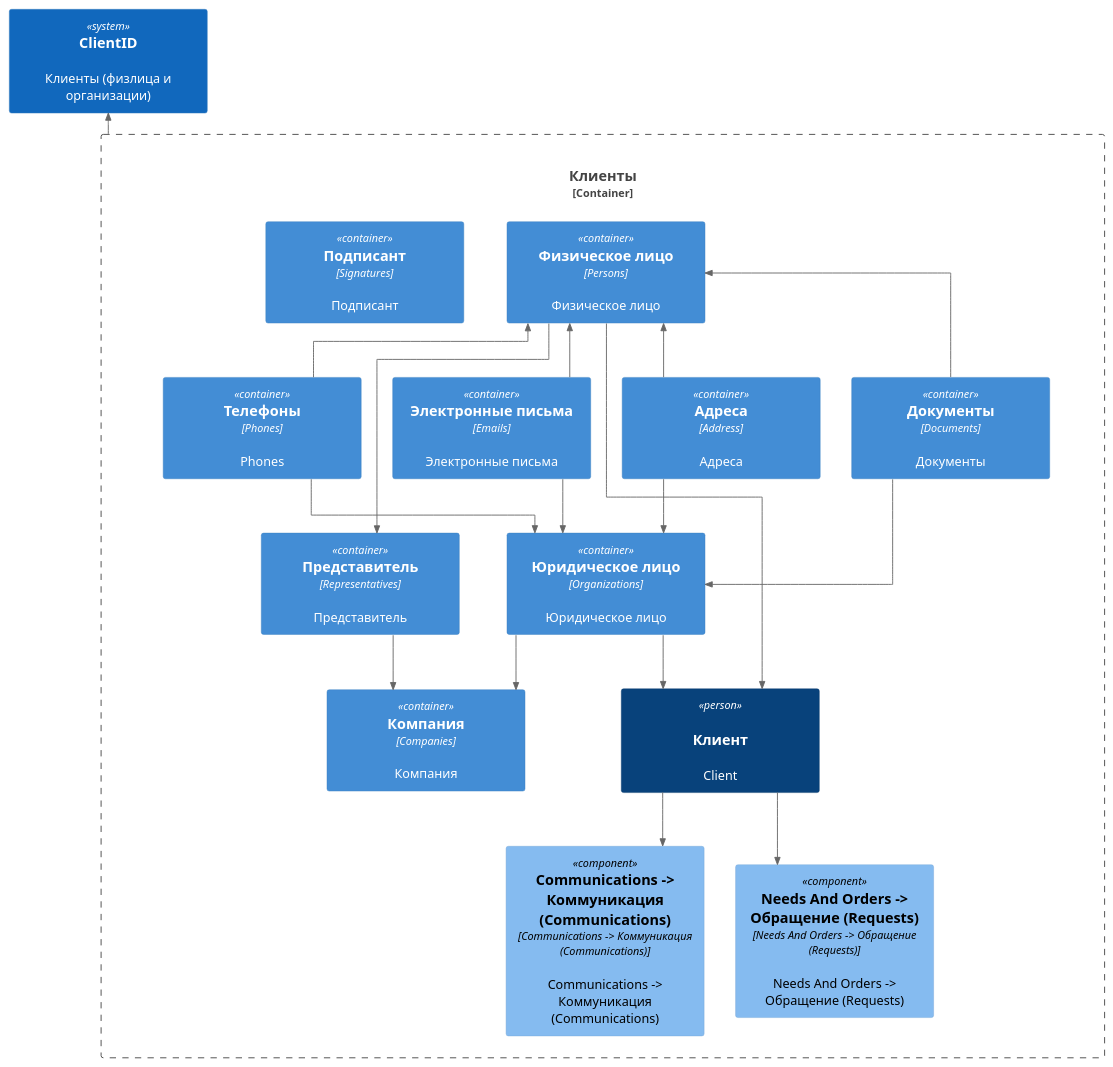
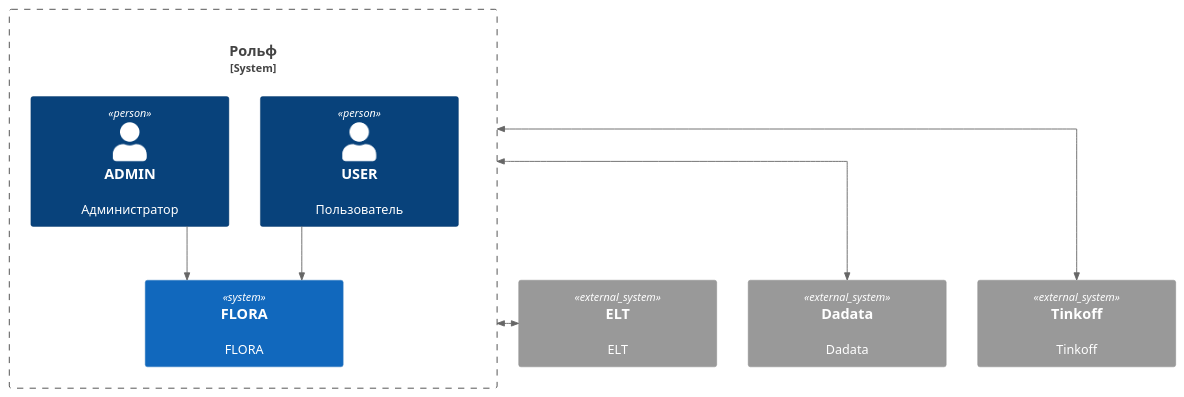
Before and after one commit to lulya31/some: the diagram in static/06_img/rolf.puml, drawn with PlantUML. The commit also changed other lines of this file and 24 other files, not shown here.

```diff
--- a/static/06_img/rolf.puml
+++ b/static/06_img/rolf.puml
@@ -4,61 +4,31 @@
 @startuml
 
 !include static/includes/c4_context.puml
 !include static/includes/c4_container.puml
 !include static/includes/c4_component.puml
 
-'skinparam svgLinkTarget _blank
 skinparam backgroundcolor transparent
 skinparam minClassWidth 200
 'skinparam linetype polyline
 skinparam linetype ortho
 
 LAYOUT_TOP_DOWN()
 
-System(clientid, "ClientID", "Клиенты (физлица и организации)", $link="/05_c4_workflow/01_core/07_clientid/")
-'System(clients, "Clients", "Клиенты")
+System_Ext(elt, "ELT", "ELT")
+System_Ext(dadata, "Dadata", "Dadata")
+System_Ext(tinkoff, "Tinkoff", "Tinkoff")
 
-Container_Boundary(clients, "Клиенты") {
-    Container(address, "Адреса", "Address", "Адреса")
-    Container(documents, "Документы", "Documents", "Документы")
-    Container(phones, "Телефоны", "Phones", "Phones")
-    Container(emails, "Электронные письма", "Emails", "Электронные письма")
+System_Boundary(rolf, "Рольф") {
+    Person(user, "USER", "Пользователь")
+    Person(admin, "ADMIN", "Администратор")
+    System(flora, "FLORA", "FLORA", $link="/06_c4_infrastructure/01_flora_ext/")
 
-    Container(persons, "Физическое лицо", "Persons", "Физическое лицо")
-    Container(organizations, "Юридическое лицо", "Organizations", "Юридическое лицо")
-
-    Container(companies, "Компания", "Companies", "Компания")
-    Container(representatives, "Представитель", "Representatives", "Представитель")
-
-    'Container(client, "Клиент", "Client", "Клиент")
-
-    Person(client, "Клиент", "Client", "Клиент")
-    Component(communications, "Communications -> Коммуникация (Communications)", "Communications -> Коммуникация (Communications)", "Communications -> Коммуникация (Communications)", $link="/05_c4_workflow/01_core/04_communications/01_communication/")
-    Component(requests, "Needs And Orders -> Обращение (Requests)", "Needs And Orders -> Обращение (Requests)", "Needs And Orders -> Обращение (Requests)", $link="/05_c4_workflow/01_core/03_needs_and_orders/01_requests/")
-
-    Container(signatures, "Подписант", "Signatures", "Подписант")
-
-    Rel_U(address, persons, "")
-    Rel_U(documents, persons, "")
-    Rel_U(phones, persons, "")
-    Rel_U(emails, persons, "")
-
-    Rel_D(address, organizations, "")
-    Rel_D(documents, organizations, "")
-    Rel_D(phones, organizations, "")
-    Rel_D(emails, organizations, "")
-
-    Rel(persons, representatives, "")
-    Rel(persons, client, "")
-    Rel(organizations, client, "")
-    Rel(organizations, companies, "")
-
-    Rel(representatives, companies, "")
-
-    Rel_D(client, communications, "")
-    Rel_D(client, requests, "")
+    Rel(user, flora, "")
+    Rel(admin, flora, "")
 }
 
-Rel_U(clients, clientid, "")
+BiRel_D(rolf, elt, "")
+BiRel_D(rolf, dadata, "")
+BiRel_D(rolf, tinkoff, "")
 
 @enduml
```
